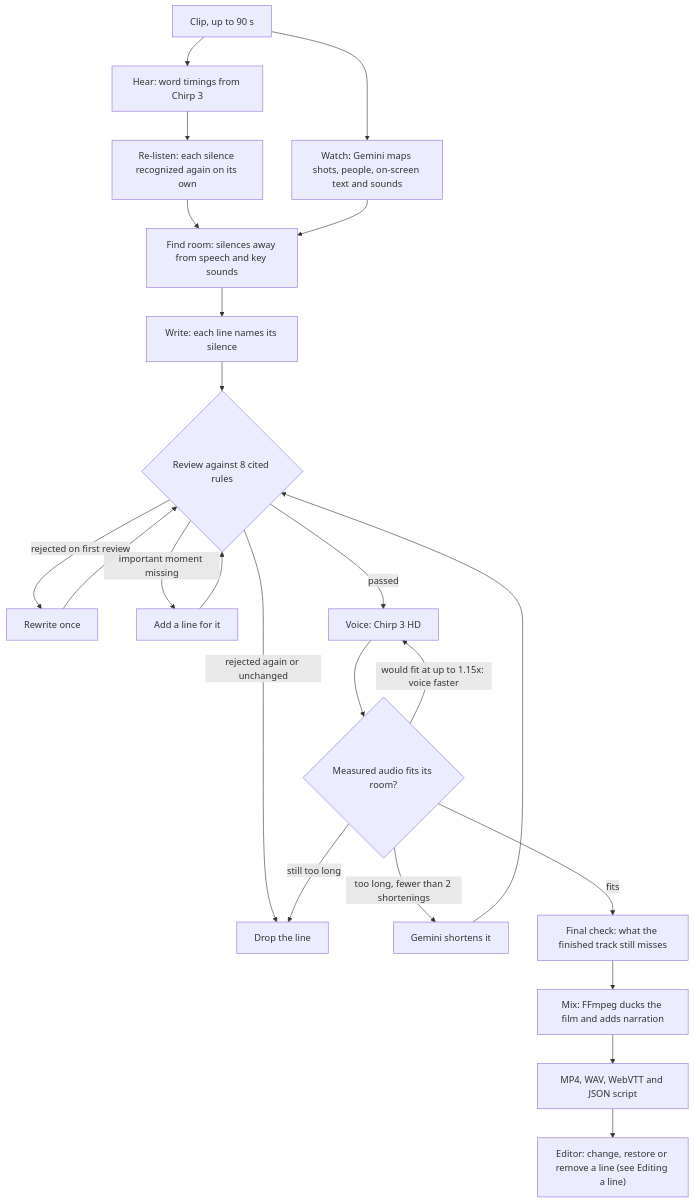
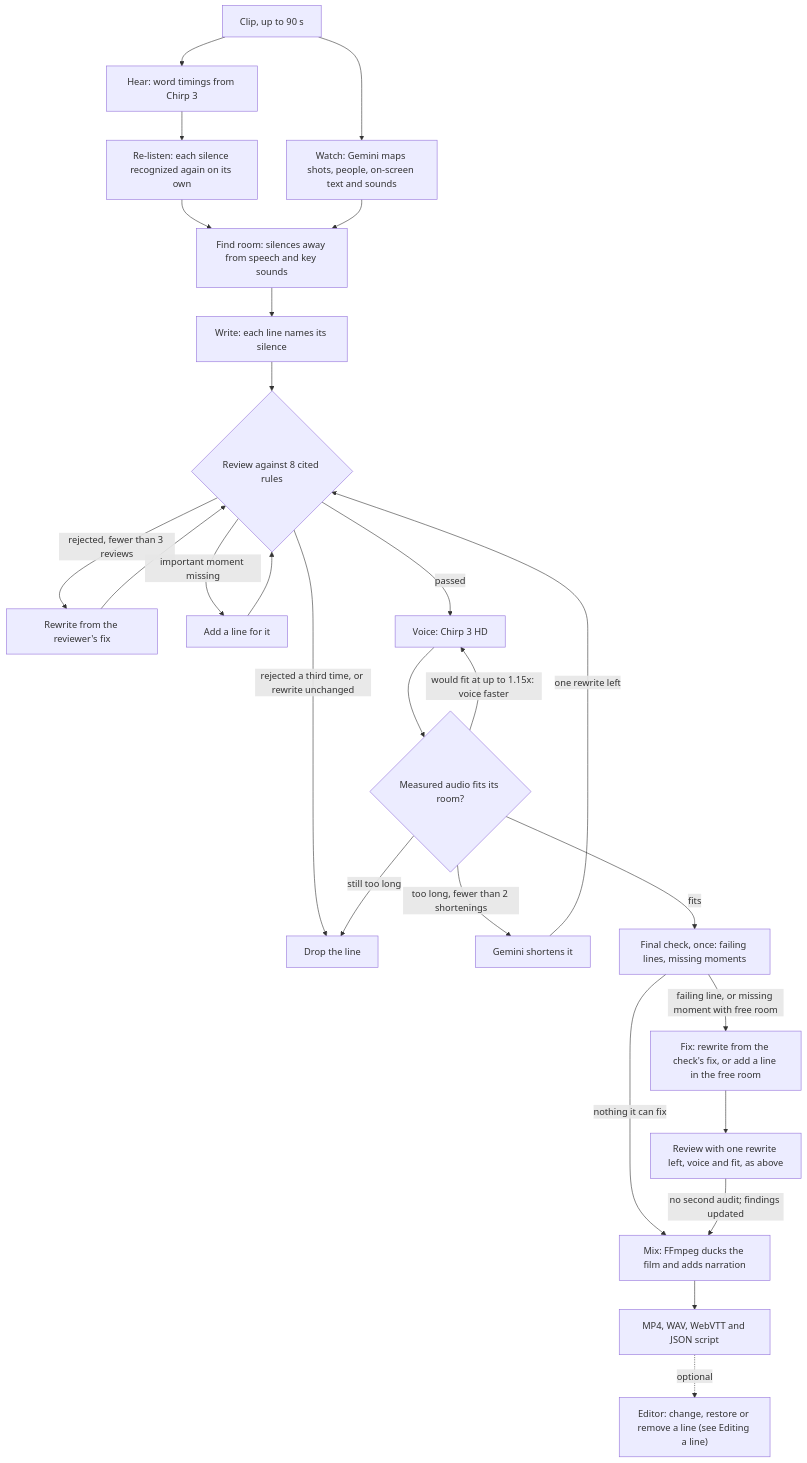
Before and after one commit to emforce77/gapline: the second of 3 diagrams in docs/ARCHITECTURE.md, drawn with Mermaid. The commit also changed other lines of this file and 2 other files, not shown here.

````diff
--- a/docs/ARCHITECTURE.md
+++ b/docs/ARCHITECTURE.md
@@ -85,25 +89,28 @@
 ```mermaid
 flowchart TD
   clip["Clip, up to 90 s"] --> hear["Hear: word timings from Chirp 3"]
   hear --> relisten["Re-listen: each silence recognized again on its own"]
   clip --> watch["Watch: Gemini maps shots, people, on-screen text and sounds"]
   relisten --> room["Find room: silences away from speech and key sounds"]
   watch --> room
   room --> write["Write: each line names its silence"]
   write --> review{"Review against 8 cited rules"}
-  review -->|"rejected on first review"| rewrite["Rewrite once"]
+  review -->|"rejected, fewer than 3 reviews"| rewrite["Rewrite from the reviewer's fix"]
   rewrite --> review
   review -->|"important moment missing"| add["Add a line for it"]
   add --> review
-  review -->|"rejected again or unchanged"| drop["Drop the line"]
+  review -->|"rejected a third time, or rewrite unchanged"| drop["Drop the line"]
   review -->|"passed"| voice["Voice: Chirp 3 HD"]
   voice --> fit{"Measured audio fits its room?"}
   fit -->|"would fit at up to 1.15x: voice faster"| voice
   fit -->|"too long, fewer than 2 shortenings"| shorten["Gemini shortens it"]
-  shorten --> review
+  shorten -->|"one rewrite left"| review
   fit -->|"still too long"| drop
-  fit -->|"fits"| audit["Final check: what the finished track still misses"]
-  audit --> mix["Mix: FFmpeg ducks the film and adds narration"]
+  fit -->|"fits"| audit["Final check, once: failing lines, missing moments"]
+  audit -->|"nothing it can fix"| mix["Mix: FFmpeg ducks the film and adds narration"]
+  audit -->|"failing line, or missing moment with free room"| fix["Fix: rewrite from the check's fix, or add a line in the free room"]
+  fix --> refit["Review with one rewrite left, voice and fit, as above"]
+  refit -->|"no second audit; findings updated"| mix
   mix --> out["MP4, WAV, WebVTT and JSON script"]
-  out --> edit["Editor: change, restore or remove a line (see Editing a line)"]
+  out -.->|"optional"| edit["Editor: change, restore or remove a line (see Editing a line)"]
 ```
````
